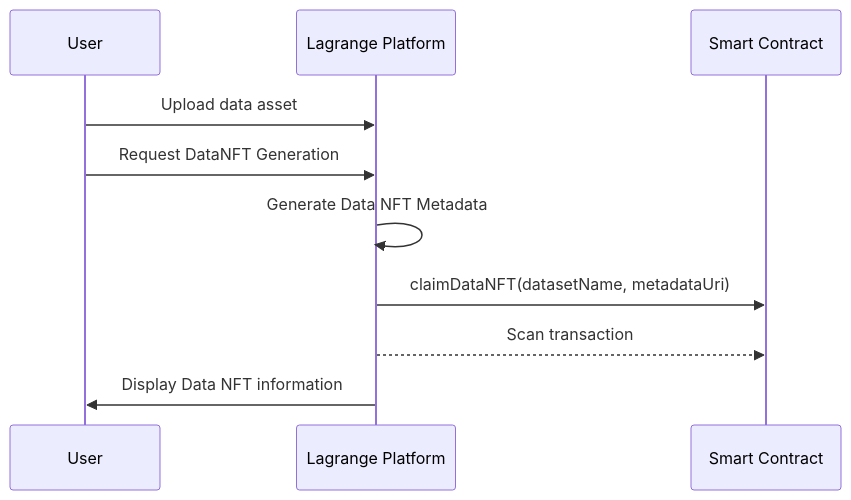
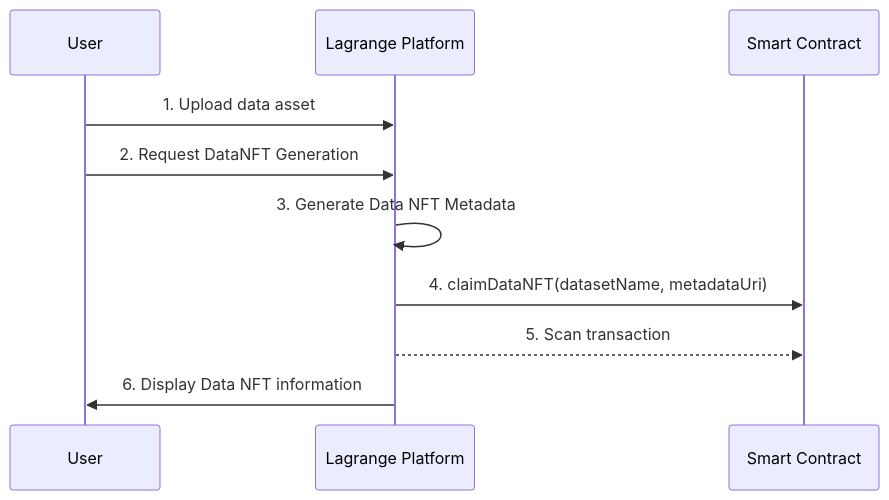
Before and after one commit to lagrangedao/datanft: the diagram in README.md, drawn with Mermaid. The commit also changed other lines of this file, not shown here.

````diff
--- a/README.md
+++ b/README.md
@@ -26,12 +17,12 @@
 ```mermaid
 sequenceDiagram;
   participant User
   participant Lagrange Platform
   participant Smart Contract
-    User->>Lagrange Platform: Upload data asset;
-    User->>Lagrange Platform: Request DataNFT Generation
-    Lagrange Platform->>Lagrange Platform: Generate Data NFT Metadata
-    Lagrange Platform->>Smart Contract: claimDataNFT(datasetName, metadataUri)
-    Lagrange Platform-->>Smart Contract: Scan transaction
-    Lagrange Platform->>User: Display Data NFT information
+    User->>Lagrange Platform: 1. Upload data asset;
+    User->>Lagrange Platform: 2. Request DataNFT Generation
+    Lagrange Platform->>Lagrange Platform: 3. Generate Data NFT Metadata
+    Lagrange Platform->>Smart Contract: 4. claimDataNFT(datasetName, metadataUri)
+    Lagrange Platform-->>Smart Contract: 5. Scan transaction
+    Lagrange Platform->>User: 6. Display Data NFT information
 ```
````
